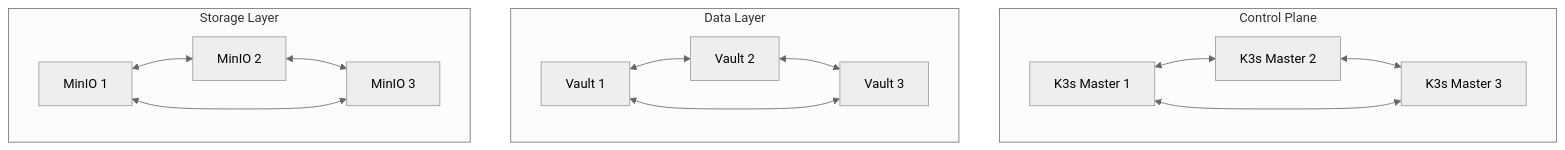
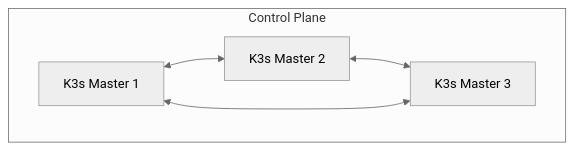
The third of 3 diagrams in README.md (Naem-ali/devops-on-prem), drawn with Mermaid (neutral theme) before and after one commit. The commit also changed other lines of this file, not shown here.

````diff
--- a/README.md
+++ b/README.md
@@ -131,24 +68,12 @@
 ```mermaid
 graph TB
     subgraph Control Plane
         Master1[K3s Master 1]
         Master2[K3s Master 2]
         Master3[K3s Master 3]
     end
     
-    subgraph Data Layer
-        Vault1[Vault 1] <--> Vault2[Vault 2]
-        Vault2 <--> Vault3[Vault 3]
-        Vault3 <--> Vault1
-    end
-    
-    subgraph Storage Layer
-        MinIO1[MinIO 1] <--> MinIO2[MinIO 2]
-        MinIO2 <--> MinIO3[MinIO 3]
-        MinIO3 <--> MinIO1
-    end
-    
     Master1 <--> Master2
     Master2 <--> Master3
     Master3 <--> Master1
 ```
````
